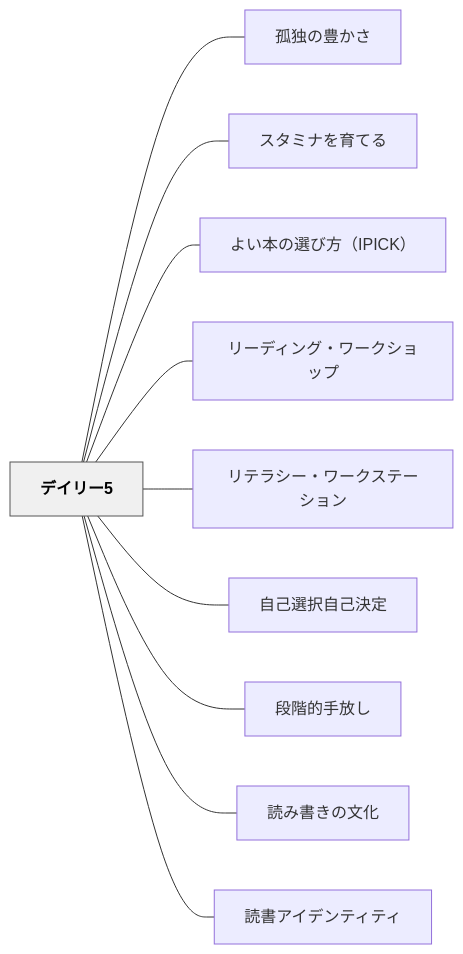
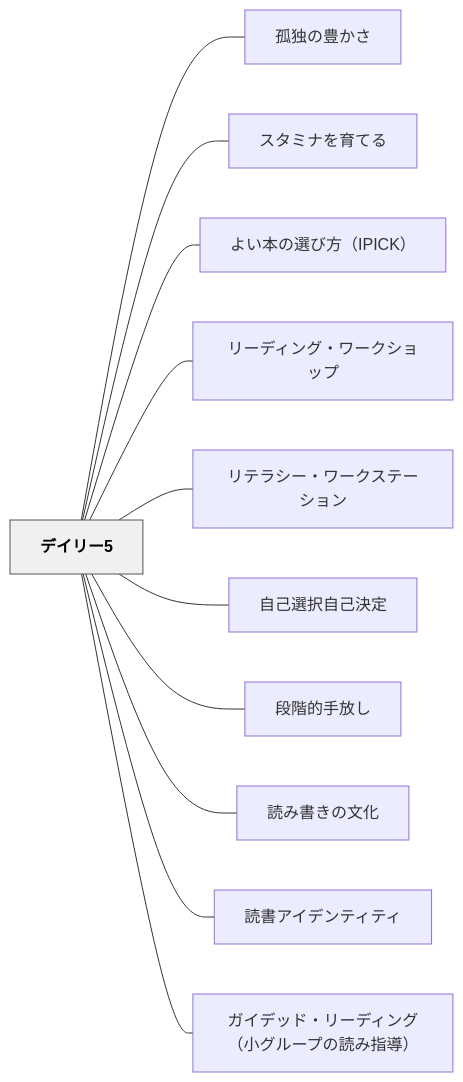
The diagram in content/パタン/デイリー5.md (unknownthings-ed-patterns/unknownthings-ed-patterns), drawn with Mermaid before and after one commit. The commit also changed other lines of this file and 2 other files, not shown here.

Commit message:
auto: Obsidianから同期 2026-06-13 02:59

````diff
--- a/content/パタン/デイリー5.md
+++ b/content/パタン/デイリー5.md
@@ -240,26 +241,28 @@
 ```mermaid
 flowchart LR
     ne38387e382a4e383aae383bc35["デイリー5"]
     ne5ada4e78bace381aee8b18ae3818be38195["孤独の豊かさ"]
     ne382b9e382bfe3839fe3838ae38292e882b2e381a6e3828b["スタミナを育てる"]
     ne38288e38184e69cace381aee981b8e381b3e696b9efbc88495049434befbc89["よい本の選び方（IPICK）"]
     ne383aae383bce38387e382a3e383b3e382b0e383bbe383afe383bce382afe382b7e383a7e38383e38397["リーディング・ワークショップ"]
     ne383aae38386e383a9e382b7e383bce383bbe383afe383bce382afe382b9e38386e383bce382b7e383a7e383b3["リテラシー・ワークステーション"]
     ne887aae5b7b1e981b8e68a9ee887aae5b7b1e6b1bae5ae9a["自己選択自己決定"]
     ne6aeb5e99a8ee79a84e6898be694bee38197["段階的手放し"]
     ne8aaade381bfe69bb8e3818de381aee69687e58c96["読み書きの文化"]
     ne8aaade69bb8e382a2e382a4e38387e383b3e38386e382a3e38386e382a3["読書アイデンティティ"]
+    ne382ace382a4e38387e38383e38389e383bbe383aae383bce38387e382a3e383b3e382b0efbc88e5b08fe382b0e383abe383bce38397e381aee8aaade381bfe68c87e5b08eefbc89["ガイデッド・リーディング（小グループの読み指導）"]
 
     ne38387e382a4e383aae383bc35 --- ne5ada4e78bace381aee8b18ae3818be38195
     ne38387e382a4e383aae383bc35 --- ne382b9e382bfe3839fe3838ae38292e882b2e381a6e3828b
     ne38387e382a4e383aae383bc35 --- ne38288e38184e69cace381aee981b8e381b3e696b9efbc88495049434befbc89
     ne38387e382a4e383aae383bc35 --- ne383aae383bce38387e382a3e383b3e382b0e383bbe383afe383bce382afe382b7e383a7e38383e38397
     ne38387e382a4e383aae383bc35 --- ne383aae38386e383a9e382b7e383bce383bbe383afe383bce382afe382b9e38386e383bce382b7e383a7e383b3
     ne38387e382a4e383aae383bc35 --- ne887aae5b7b1e981b8e68a9ee887aae5b7b1e6b1bae5ae9a
     ne38387e382a4e383aae383bc35 --- ne6aeb5e99a8ee79a84e6898be694bee38197
     ne38387e382a4e383aae383bc35 --- ne8aaade381bfe69bb8e3818de381aee69687e58c96
     ne38387e382a4e383aae383bc35 --- ne8aaade69bb8e382a2e382a4e38387e383b3e38386e382a3e38386e382a3
+    ne38387e382a4e383aae383bc35 --- ne382ace382a4e38387e38383e38389e383bbe383aae383bce38387e382a3e383b3e382b0efbc88e5b08fe382b0e383abe383bce38397e381aee8aaade381bfe68c87e5b08eefbc89
 
     classDef hub fill:#f0f0f0,stroke:#555,color:#000,font-weight:bold
     class ne38387e382a4e383aae383bc35 hub
 ```
````
